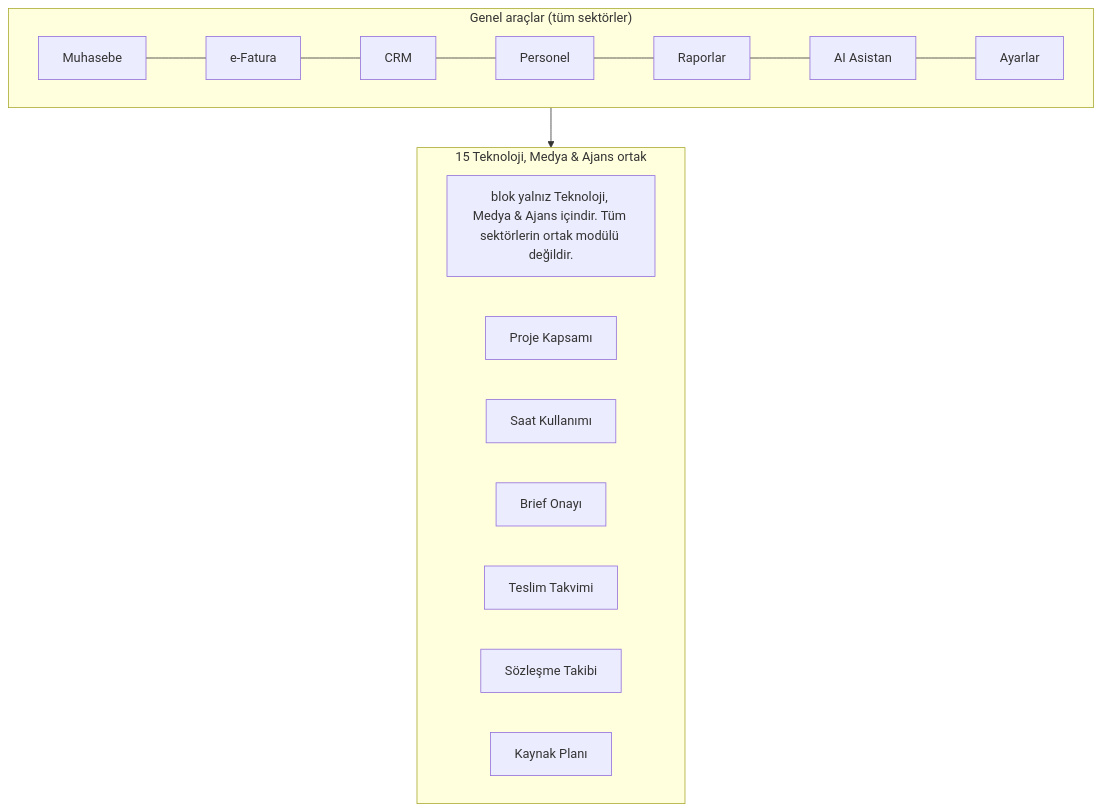
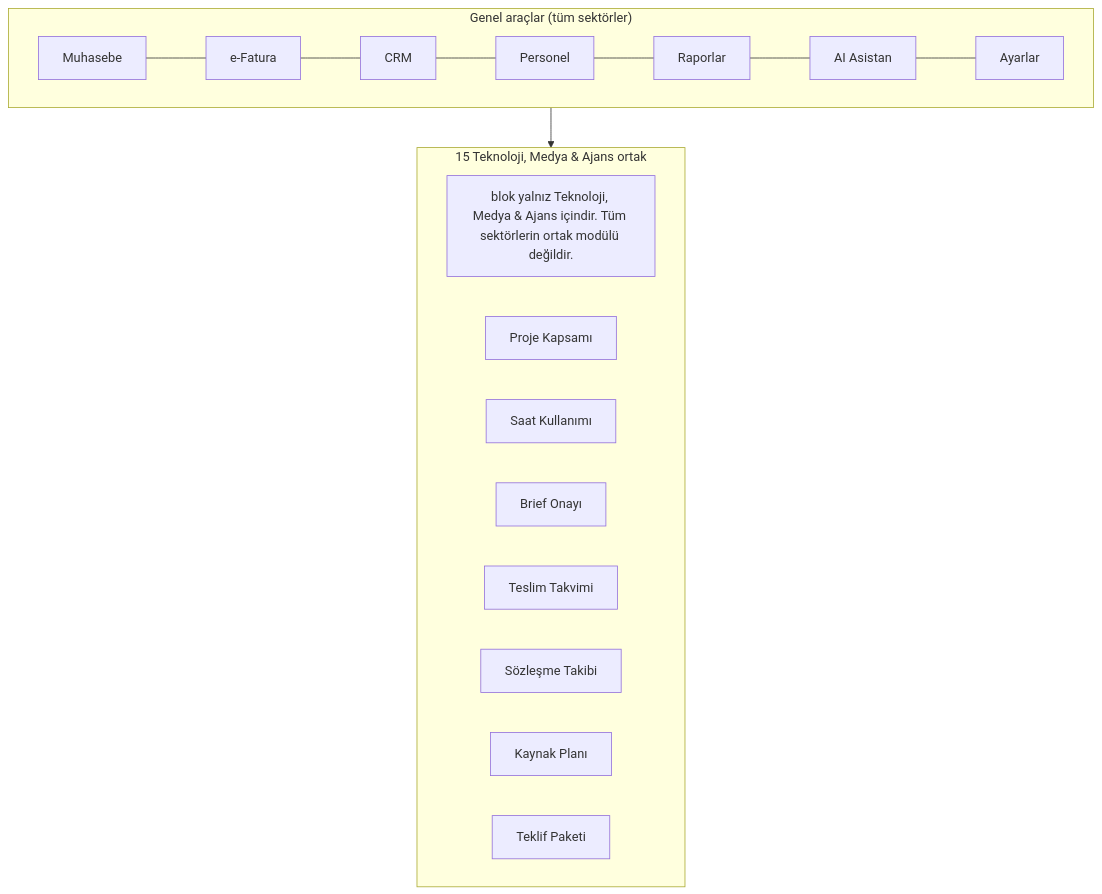
The second of 2 diagrams in 01 Sektörler/15 Teknoloji Medya & Ajans.md (sametkarabulut-dev/xfuturepos-v2), drawn with Mermaid before and after one commit. The commit also changed other lines of this file and 5 other files, not shown here.

````diff
--- a/01 Sektörler/15 Teknoloji Medya & Ajans.md
+++ b/01 Sektörler/15 Teknoloji Medya & Ajans.md
@@ -69,16 +71,17 @@
 ```mermaid
 flowchart TB
   subgraph GEN["Genel araçlar (tüm sektörler)"]
     G1[Muhasebe] --- G2[e-Fatura] --- G3[CRM] --- G4[Personel] --- G5[Raporlar] --- G6[AI Asistan] --- G7[Ayarlar]
   end
   subgraph OZEL["15 Teknoloji, Medya & Ajans ortak"]
     O1[blok yalnız Teknoloji, Medya & Ajans içindir. Tüm sektörlerin ortak modülü değildir.]
     O2[Proje Kapsamı]
     O3[Saat Kullanımı]
     O4[Brief Onayı]
     O5[Teslim Takvimi]
     O6[Sözleşme Takibi]
     O7[Kaynak Planı]
+    O8[Teklif Paketi]
   end
   GEN --> OZEL
 ```
````
